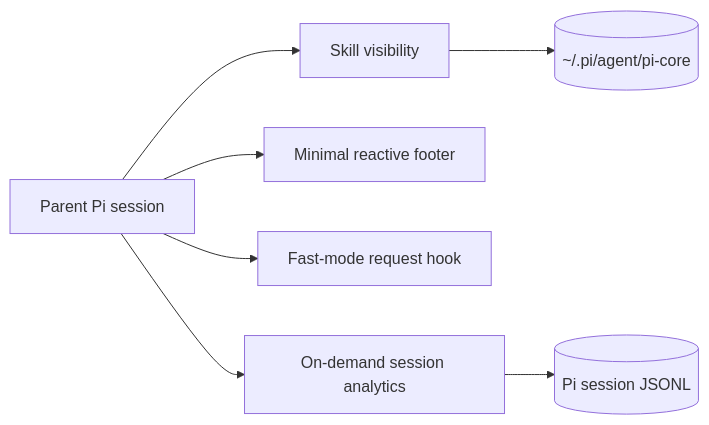
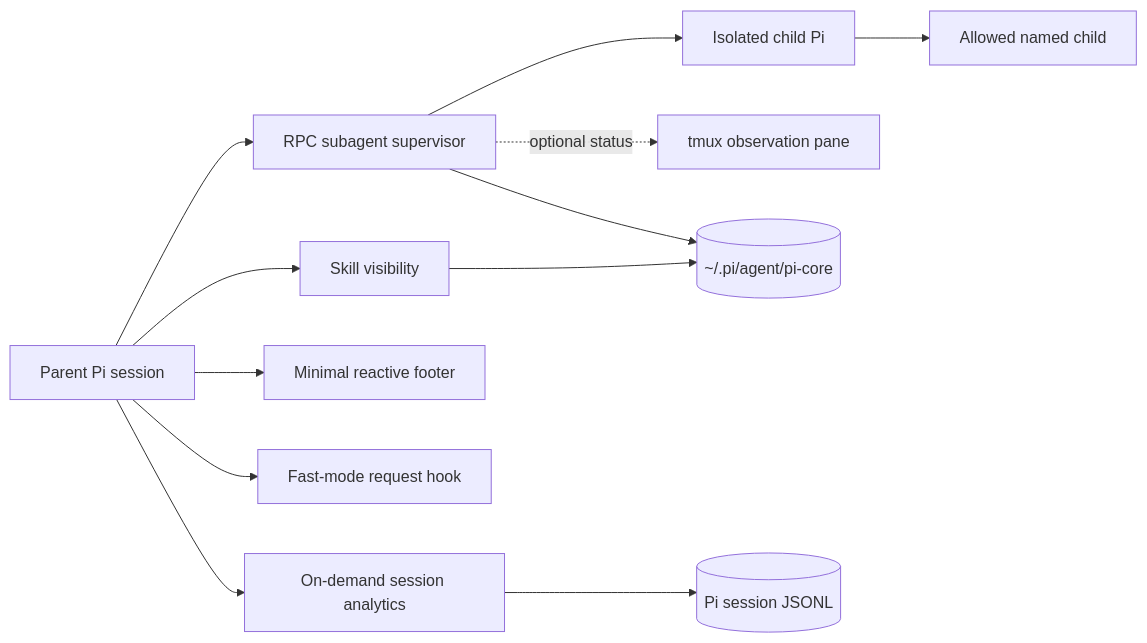
Before and after one commit to enzodevs/pi-core: the diagram in README.md, drawn with Mermaid. The commit also changed other lines of this file and 23 other files, not shown here.

````diff
--- a/README.md
+++ b/README.md
@@ -253,9 +269,14 @@
 ```mermaid
 flowchart LR
     Pi[Parent Pi session] --> Skills[Skill visibility]
+    Pi --> Agents[RPC subagent supervisor]
+    Agents --> Child[Isolated child Pi]
+    Child --> Nested[Allowed named child]
+    Agents -. optional status .-> Tmux[tmux observation pane]
     Pi --> Footer[Minimal reactive footer]
     Pi --> Fast[Fast-mode request hook]
     Pi --> Analytics[On-demand session analytics]
     Skills --> Store[(~/.pi/agent/pi-core)]
+    Agents --> Store
     Analytics --> Sessions[(Pi session JSONL)]
 ```
````
